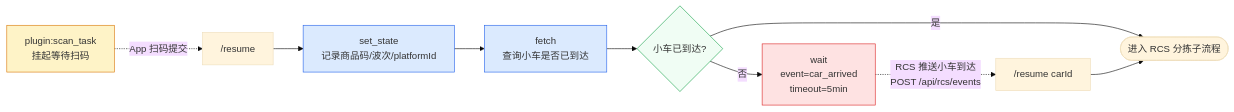
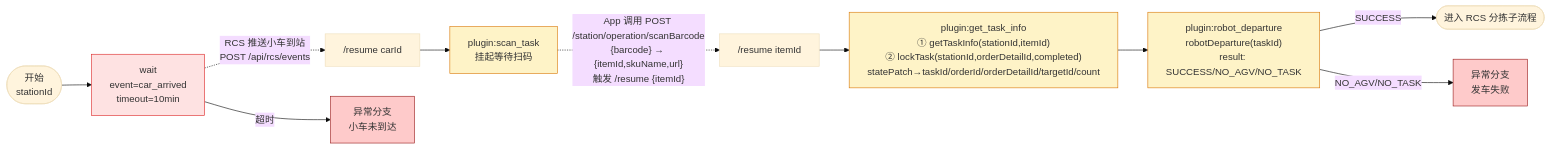
Before and after one commit to junqing258/ses-flow: the third of 6 diagrams in docs/plans/分拣场景规划.md, drawn with Mermaid (base theme). The commit also changed other lines of this file, not shown here.

Commit message:
docs(分拣场景): 调整人工工作台子流程说明

````diff
--- a/docs/plans/分拣场景规划.md
+++ b/docs/plans/分拣场景规划.md
@@ -175,21 +176,20 @@
 ```mermaid
 flowchart LR
-    S1[plugin:scan_task<br/>挂起等待扫码] -.App 扫码提交.-> S1R["/resume"]
-    S1R --> S3[set_state<br/>记录商品码/波次/platformId]
-    S3 --> S3Q[fetch<br/>查询小车是否已到达]
-    S3Q --> S4{小车已到达?}
-    S4 -- 是 --> OUT([进入 RCS 分拣子流程])
-    S4 -- 否 --> S4W[wait<br/>event=car_arrived<br/>timeout=5min]
-    S4W -.RCS 推送小车到达<br/>POST /api/rcs/events.-> S4R["/resume carId"]
-    S4R --> OUT
+    ENTRY(["开始\nstationId"]) --> W1[wait<br/>event=car_arrived<br/>timeout=10min]
+    W1 -.RCS 推送小车到站<br/>POST /api/rcs/events.-> W1R["/resume carId"]
+    W1R --> S1[plugin:scan_task<br/>挂起等待扫码]
+    S1 -."App 调用 POST /station/operation/scanBarcode<br/>{barcode} → {itemId,skuName,url}<br/>触发 /resume {itemId}".-> S1R["/resume itemId"]
+    S1R --> P1["plugin:get_task_info<br/>① getTaskInfo(stationId,itemId)<br/>② lockTask(stationId,orderDetailId,completed)<br/>statePatch→taskId/orderId/orderDetailId/targetId/count"]
+    P1 --> P2["plugin:robot_departure<br/>robotDeparture(taskId)<br/>result: SUCCESS/NO_AGV/NO_TASK"]
+    P2 -- SUCCESS --> OUT([进入 RCS 分拣子流程])
+    P2 -- NO_AGV/NO_TASK --> ERR2[异常分支<br/>发车失败]
+
+    W1 -- 超时 --> ERR1[异常分支<br/>小车未到达]
 
     classDef plugin fill:#fef3c7,stroke:#d97706
     classDef wait fill:#fee2e2,stroke:#dc2626
-    classDef fetch fill:#dbeafe,stroke:#2563eb
-    classDef state fill:#ede9fe,stroke:#7c3aed
-    classDef cond fill:#f0fdf4,stroke:#16a34a
-    class S1 plugin
-    class S4W wait
-    class S3,S3Q fetch
-    class S4 cond
+    classDef err fill:#fecaca,stroke:#991b1b
+    class S1,P1,P2 plugin
+    class W1 wait
+    class ERR1,ERR2 err
 ```
````
